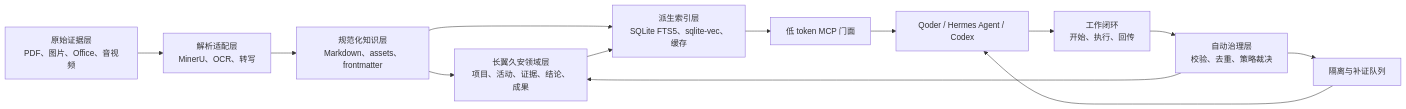
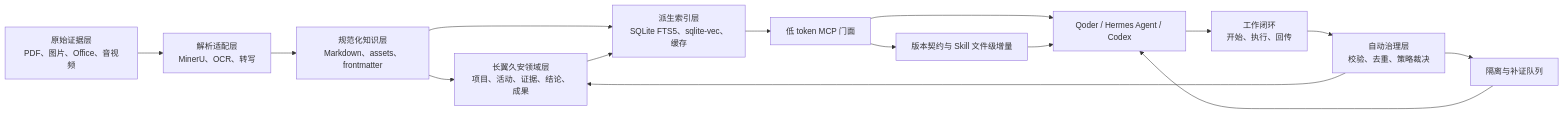
The diagram in docs/changyi-jiuan/02-target-architecture.md (Tangtaizong-BUAA/MinerU-Document-Explorer), drawn with Mermaid before and after one commit. The commit also changed other lines of this file and 24 other files, not shown here.

````diff
--- a/docs/changyi-jiuan/02-target-architecture.md
+++ b/docs/changyi-jiuan/02-target-architecture.md
@@ -7,15 +7,17 @@
 ```mermaid
 flowchart LR
     A["原始证据层<br/>PDF、图片、Office、音视频"] --> B["解析适配层<br/>MinerU、OCR、转写"]
     B --> C["规范化知识层<br/>Markdown、assets、frontmatter"]
     C --> D["长翼久安领域层<br/>项目、活动、证据、结论、成果"]
     C --> E["派生索引层<br/>SQLite FTS5、sqlite-vec、缓存"]
     D --> E
     E --> F["低 token MCP 门面"]
     F --> G["Qoder / Hermes Agent / Codex"]
+    F --> K["版本契约与 Skill 文件级增量"]
+    K --> G
     G --> H["工作闭环<br/>开始、执行、回传"]
     H --> I["自动治理层<br/>校验、去重、策略裁决"]
     I --> D
     I --> J["隔离与补证队列"]
     J --> G
 ```
````
